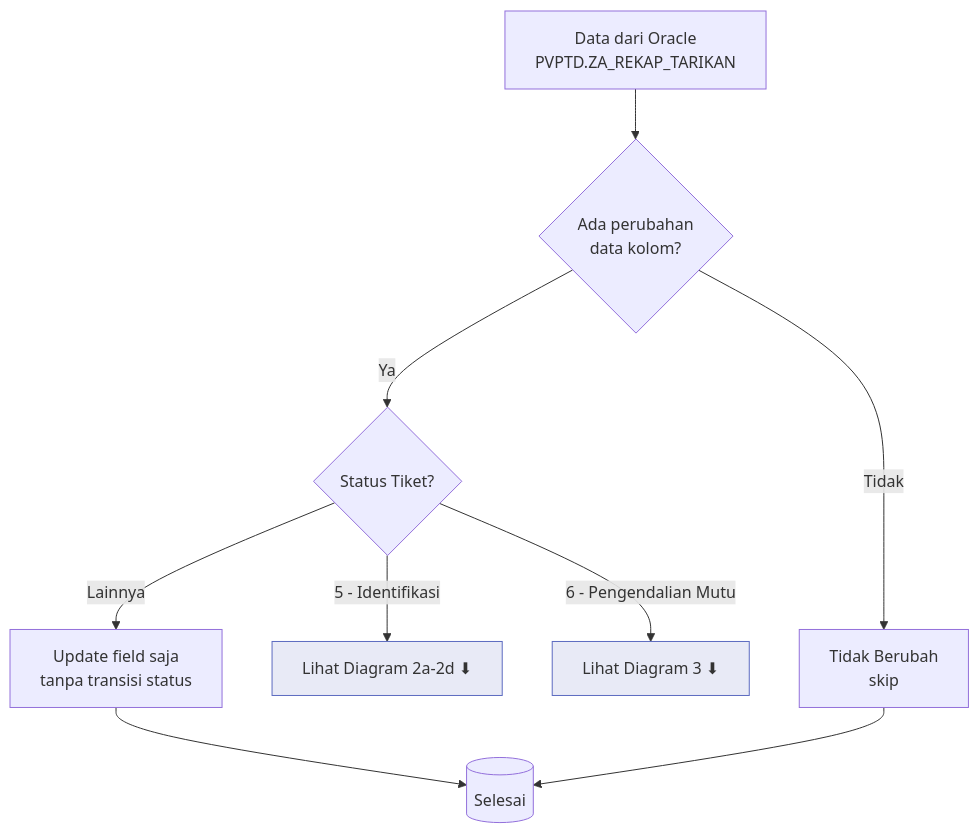
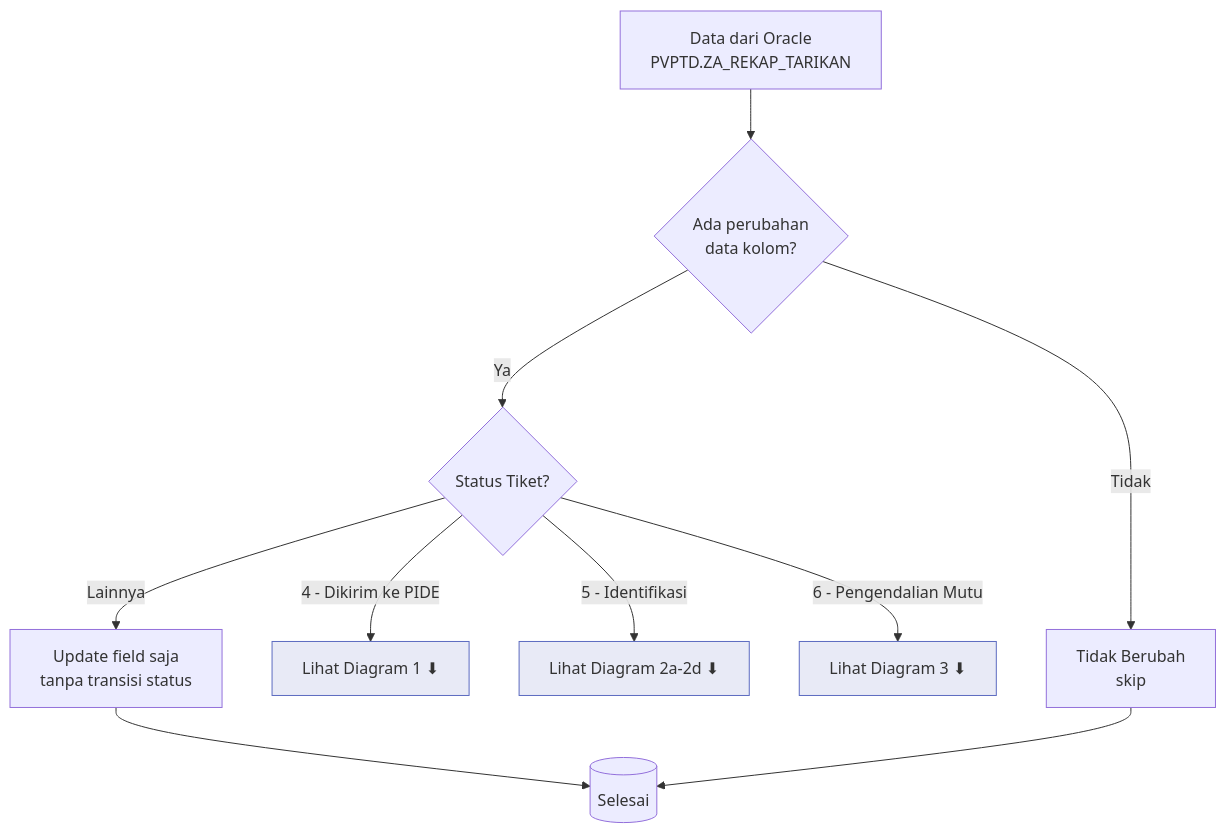
The first of 7 diagrams in docs/SYNC_TIKET_UPDATE_RULES.md (kloworizer/diamond-web), drawn with Mermaid before and after one commit. The commit also changed other lines of this file and 3 other files, not shown here.

First line of the commit message:
feat(sync_tiket_update): implement status transitions for DIKIRIM_KE_PIDE (4) to IDENTIFIKASI (5) and PENGENDALIAN_MUTU (6)

````diff
--- a/docs/SYNC_TIKET_UPDATE_RULES.md
+++ b/docs/SYNC_TIKET_UPDATE_RULES.md
@@ -10,14 +10,16 @@
 ```mermaid
 flowchart TD
     ORACLE[Data dari Oracle<br/>PVPTD.ZA_REKAP_TARIKAN] --> FIELD_CHECK{Ada perubahan<br/>data kolom?}
     FIELD_CHECK -->|Tidak| NO_CHANGE[Tidak Berubah<br/>skip]
     FIELD_CHECK -->|Ya| CHECK_STATUS{Status Tiket?}
+    CHECK_STATUS -->|4 - Dikirim ke PIDE| KE_DIAGRAM_1[Lihat Diagram 1 ⬇]
     CHECK_STATUS -->|5 - Identifikasi| KE_DIAGRAM_2[Lihat Diagram 2a-2d ⬇]
     CHECK_STATUS -->|6 - Pengendalian Mutu| KE_DIAGRAM_3[Lihat Diagram 3 ⬇]
     CHECK_STATUS -->|Lainnya| UPDATE_ONLY[Update field saja<br/>tanpa transisi status]
     UPDATE_ONLY --> DONE[(Selesai)]
     NO_CHANGE --> DONE
 
+    style KE_DIAGRAM_1 fill:#e8eaf6,stroke:#5c6bc0
     style KE_DIAGRAM_2 fill:#e8eaf6,stroke:#5c6bc0
     style KE_DIAGRAM_3 fill:#e8eaf6,stroke:#5c6bc0
 ```
````
